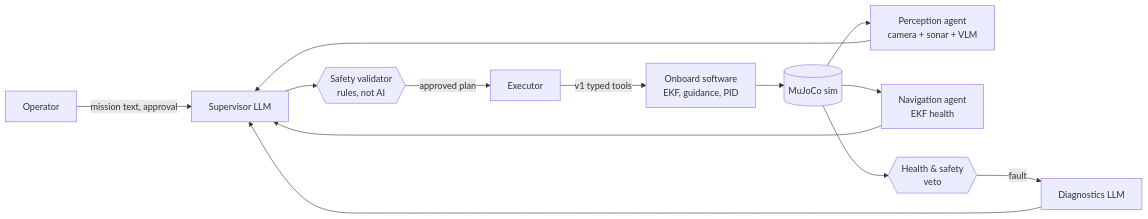
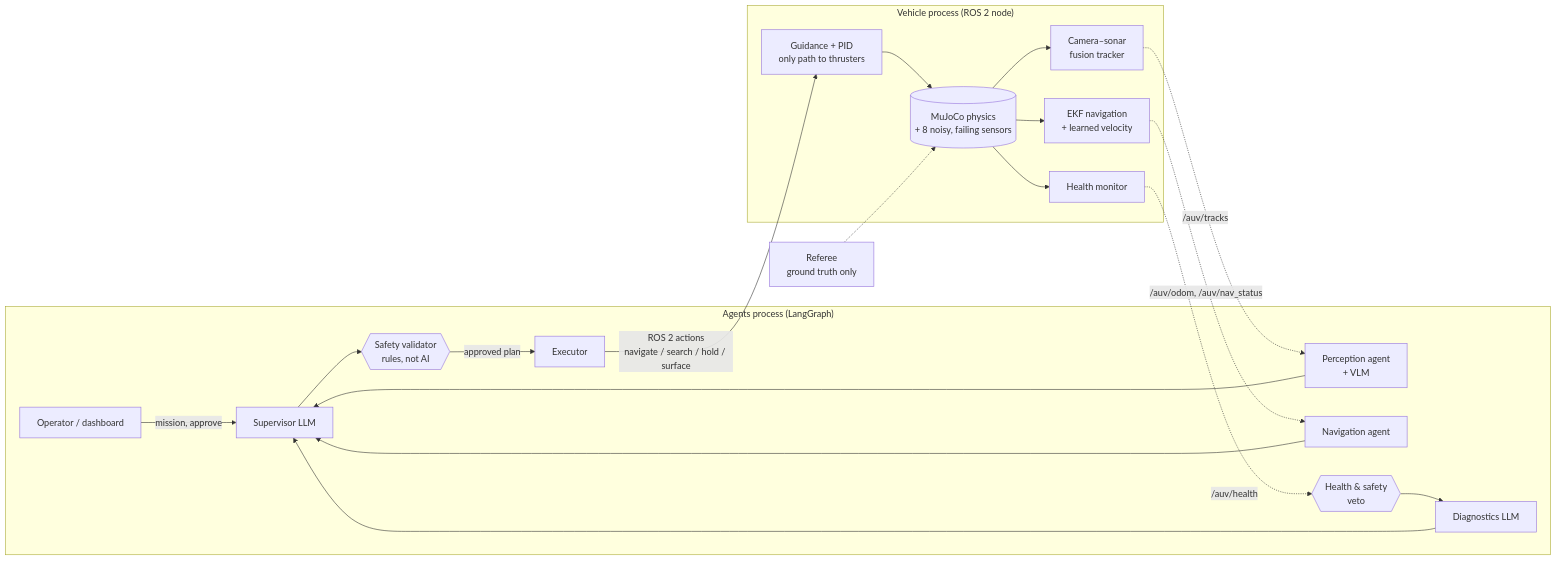
Before and after one commit to MadLad10/Agentic-AUV: the diagram in README.md, drawn with Mermaid. The commit also changed other lines of this file and 3 other files, not shown here.

Commit message:
README: 20-seed navigation results, collision finding and fix; collisions column in perception study

````diff
--- a/README.md
+++ b/README.md
@@ -24,15 +63,22 @@
 ```mermaid
 flowchart LR
-  OP[Operator] -->|mission text, approval| SUP[Supervisor LLM]
-  SUP --> VAL{{Safety validator<br/>rules, not AI}}
-  VAL -->|approved plan| EXE[Executor]
-  EXE -->|v1 typed tools| VEH[Onboard software<br/>EKF, guidance, PID]
-  VEH --> SIM[(MuJoCo sim)]
-  SIM --> PER[Perception agent<br/>camera + sonar + VLM]
-  SIM --> NAV[Navigation agent<br/>EKF health]
-  SIM --> HLT{{Health & safety<br/>veto}}
-  HLT -->|fault| DIA[Diagnostics LLM]
-  DIA --> SUP
-  PER --> SUP
-  NAV --> SUP
+  subgraph Agents["Agents process (LangGraph)"]
+    OP[Operator / dashboard] -->|mission, approve| SUP[Supervisor LLM]
+    SUP --> VAL{{Safety validator<br/>rules, not AI}}
+    VAL -->|approved plan| EXE[Executor]
+    PER[Perception agent<br/>+ VLM] --> SUP
+    NAV[Navigation agent] --> SUP
+    HLT{{Health & safety<br/>veto}} --> DIA[Diagnostics LLM] --> SUP
+  end
+  EXE -->|ROS 2 actions<br/>navigate / search / hold / surface| VEH
+  subgraph Vehicle["Vehicle process (ROS 2 node)"]
+    VEH[Guidance + PID<br/>only path to thrusters] --> SIM[(MuJoCo physics<br/>+ 8 noisy, failing sensors)]
+    SIM --> NAVF[EKF navigation<br/>+ learned velocity]
+    SIM --> FUS[Camera–sonar<br/>fusion tracker]
+    SIM --> HM[Health monitor]
+  end
+  NAVF -. /auv/odom, /auv/nav_status .-> NAV
+  FUS -. /auv/tracks .-> PER
+  HM -. /auv/health .-> HLT
+  REF[Referee<br/>ground truth only] -.-> SIM
 ```
````
